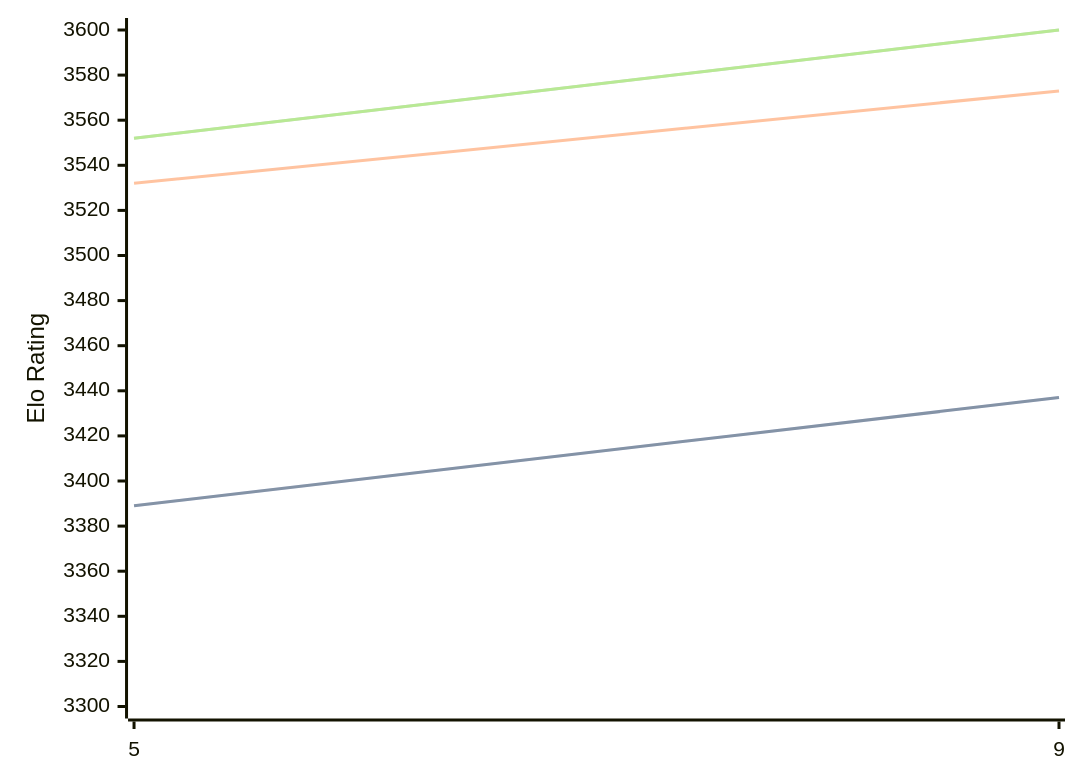
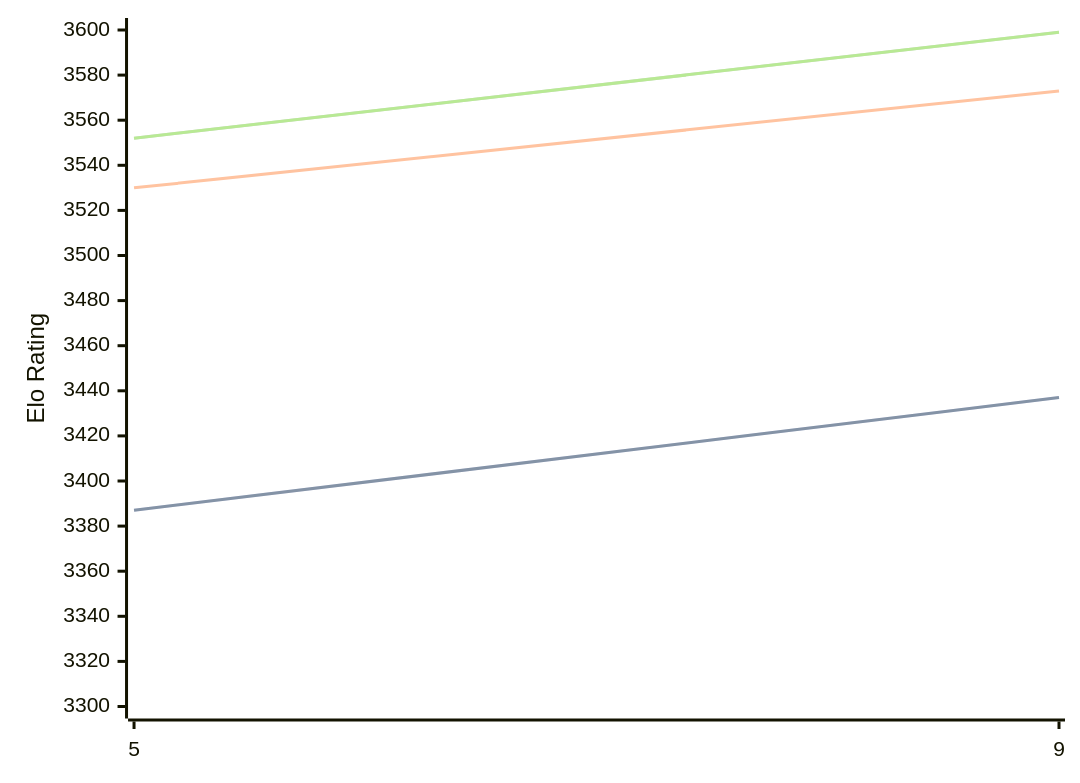
The diagram in engines/Crystal.md (computer-chess-index/cci), drawn with Mermaid before and after one commit. The commit also changed other lines of this file, not shown here.

Commit message:
Update CCI Ratings (ELO VLTC) - 2026-10-01

````diff
--- a/engines/Crystal.md
+++ b/engines/Crystal.md
@@ -32,11 +32,11 @@
 ```mermaid
 %%{init: {"theme":"base","themeVariables":{"seriesColors:['#a3a3a3','#222221','#faa371']}}}%%
 xychart-beta
   x-axis ["5", "9"]
   y-axis "Elo Rating" 3300 --> 3600
-  line "" [3389, 3437]
-  line "STC (8.0+0.08s)" [3389, 3437]
-  line "LTC (60.0+0.60s)" [3532, 3573]
-  line "" [3552, 3600]
-  line "VLTC (2m24s+1.12s)" [3552, 3600]
+  line "" [3387, 3437]
+  line "STC (8.0+0.08s)" [3387, 3437]
+  line "LTC (60.0+0.60s)" [3530, 3573]
+  line "" [3552, 3599]
+  line "VLTC (2m24s+1.12s)" [3552, 3599]
 ```
````
